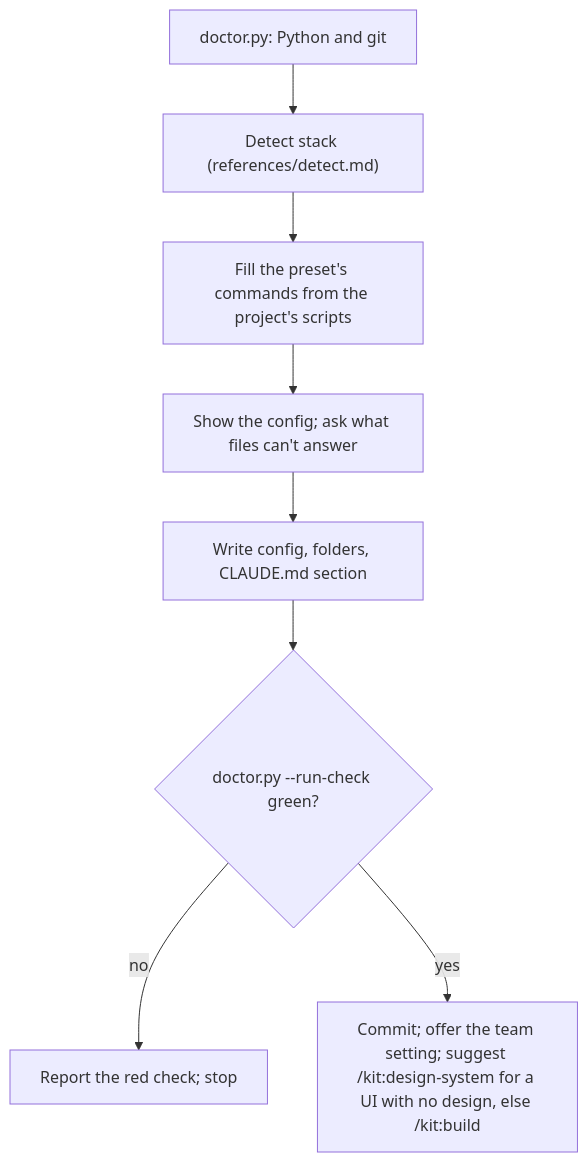
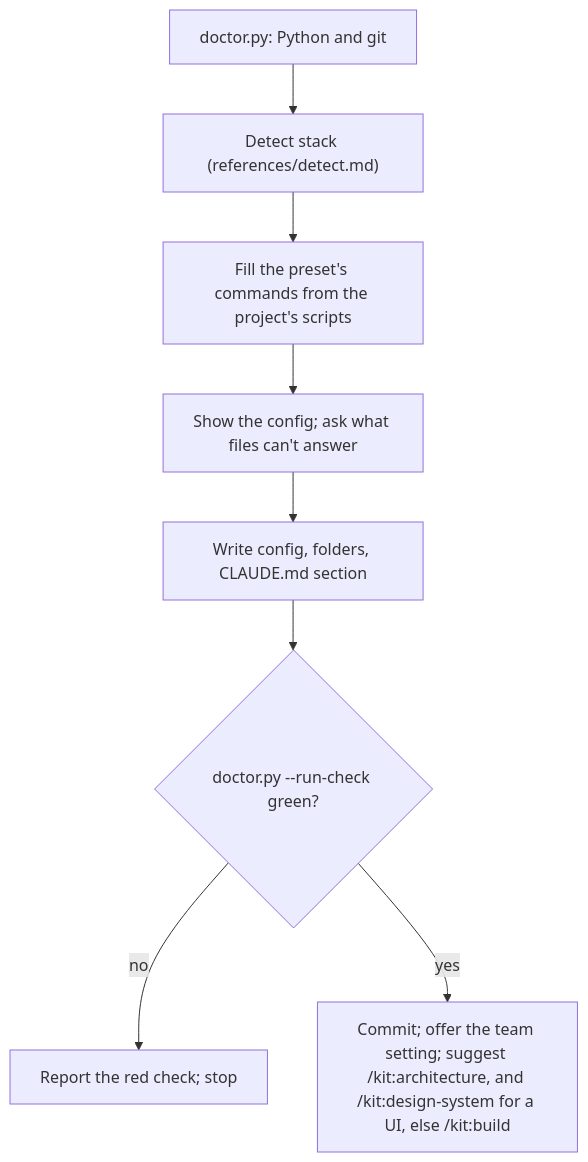
One commit to nateshernandez/skills changed the diagram in skills/setup/SKILL.md. Above: the diagram before and after it, drawn with Mermaid. The commit also changed 5 other files, not shown here.

Commit message:
Place code by the architecture guide in builds

````diff
--- a/skills/setup/SKILL.md
+++ b/skills/setup/SKILL.md
@@ -29,10 +29,10 @@
 ```mermaid
 flowchart TD
   A["doctor.py: Python and git"] --> B["Detect stack (references/detect.md)"]
   B --> C["Fill the preset's commands from the project's scripts"]
   C --> D["Show the config; ask what files can't answer"]
   D --> E["Write config, folders, CLAUDE.md section"]
   E --> F{"doctor.py --run-check green?"}
   F -- no --> G["Report the red check; stop"]
-  F -- yes --> H["Commit; offer the team setting; suggest /kit:design-system for a UI with no design, else /kit:build"]
+  F -- yes --> H["Commit; offer the team setting; suggest /kit:architecture, and /kit:design-system for a UI, else /kit:build"]
 ```
````
